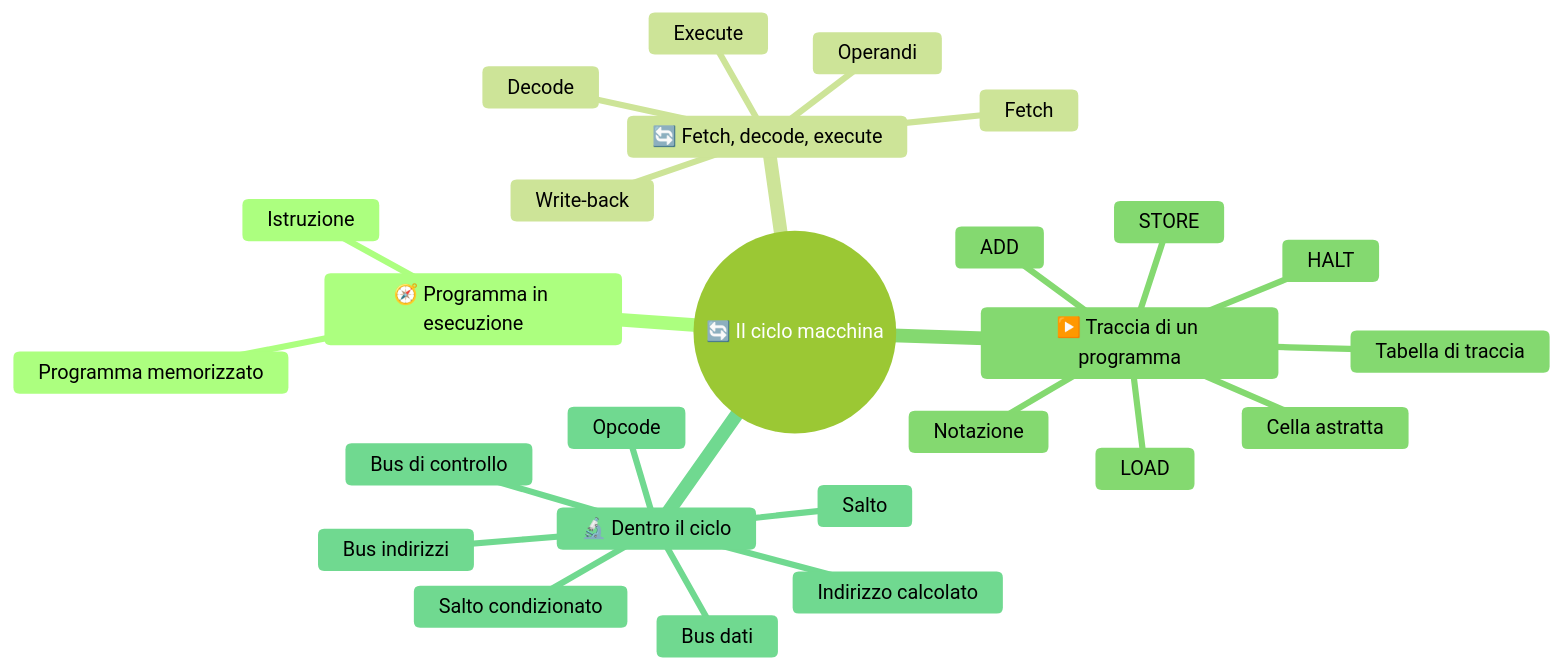
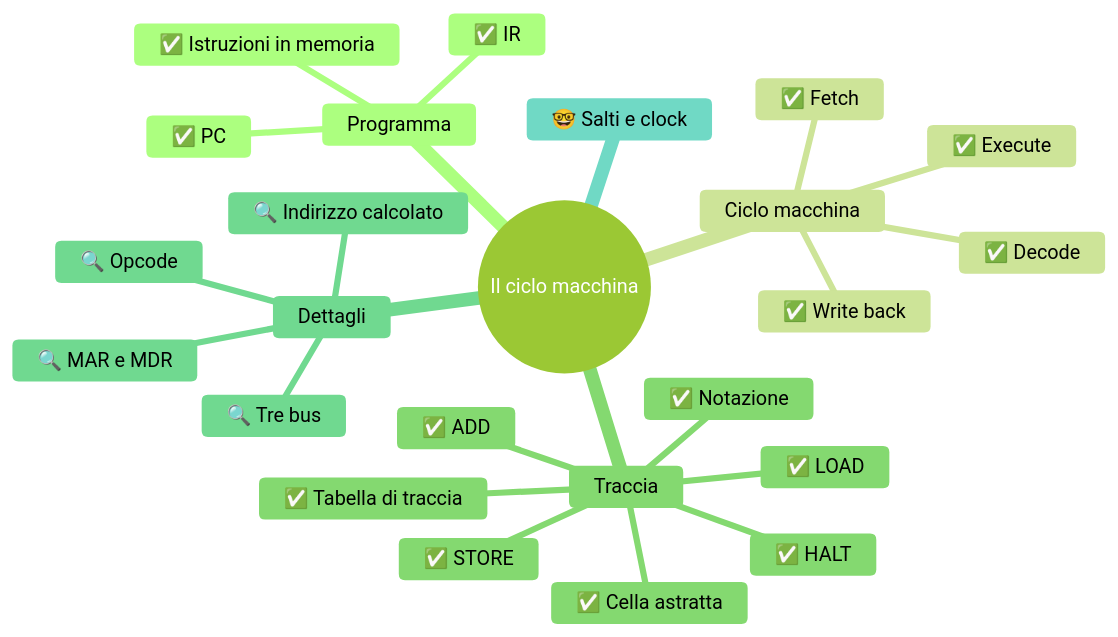
Before and after one commit to Neeqstock/dispense-caramuel: the first of 2 diagrams in 3EI - Sistemi e Reti/1 SETT-OTT/(STU) 3EI sett-ott S4 - Il ciclo macchina.md, drawn with Mermaid (forest theme). The commit also changed other lines of this file and 61 other files, not shown here.

````diff
--- a/3EI - Sistemi e Reti/1 SETT-OTT/(STU) 3EI sett-ott S4 - Il ciclo macchina.md
+++ b/3EI - Sistemi e Reti/1 SETT-OTT/(STU) 3EI sett-ott S4 - Il ciclo macchina.md
@@ -9,33 +11,27 @@
 ```mermaid
----
-config:
-  layout: tidy-tree
----
 mindmap
-  root((🔄 Il ciclo macchina))
-    🧭 Programma in esecuzione
-      Programma memorizzato
-      Istruzione
-    🔄 Fetch, decode, execute
-      Fetch
-      Decode
-      Execute
-      Operandi
-      Write-back
-    ▶️ Traccia di un programma
-      Cella astratta
-      Notazione
-      LOAD
-      ADD
-      STORE
-      HALT
-      Tabella di traccia
-    🔬 Dentro il ciclo
-      Opcode
-      Bus indirizzi
-      Bus dati
-      Bus di controllo
-      Indirizzo calcolato
-      Salto
-      Salto condizionato
+  root((Il ciclo macchina))
+    Programma
+      ✅ Istruzioni in memoria
+      ✅ PC
+      ✅ IR
+    Ciclo macchina
+      ✅ Fetch
+      ✅ Decode
+      ✅ Execute
+      ✅ Write back
+    Traccia
+      ✅ Cella astratta
+      ✅ Notazione
+      ✅ LOAD
+      ✅ ADD
+      ✅ STORE
+      ✅ HALT
+      ✅ Tabella di traccia
+    Dettagli
+      🔍 MAR e MDR
+      🔍 Opcode
+      🔍 Tre bus
+      🔍 Indirizzo calcolato
+    🤓 Salti e clock
 ```
````
